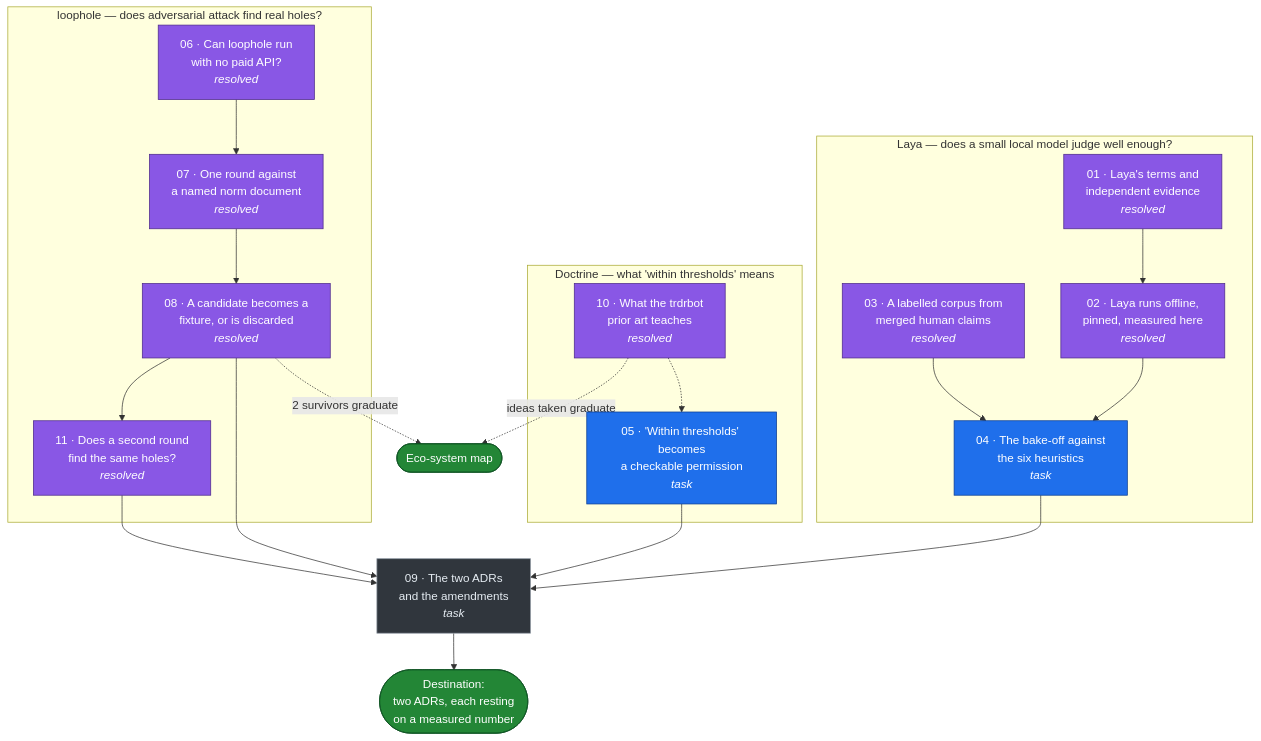
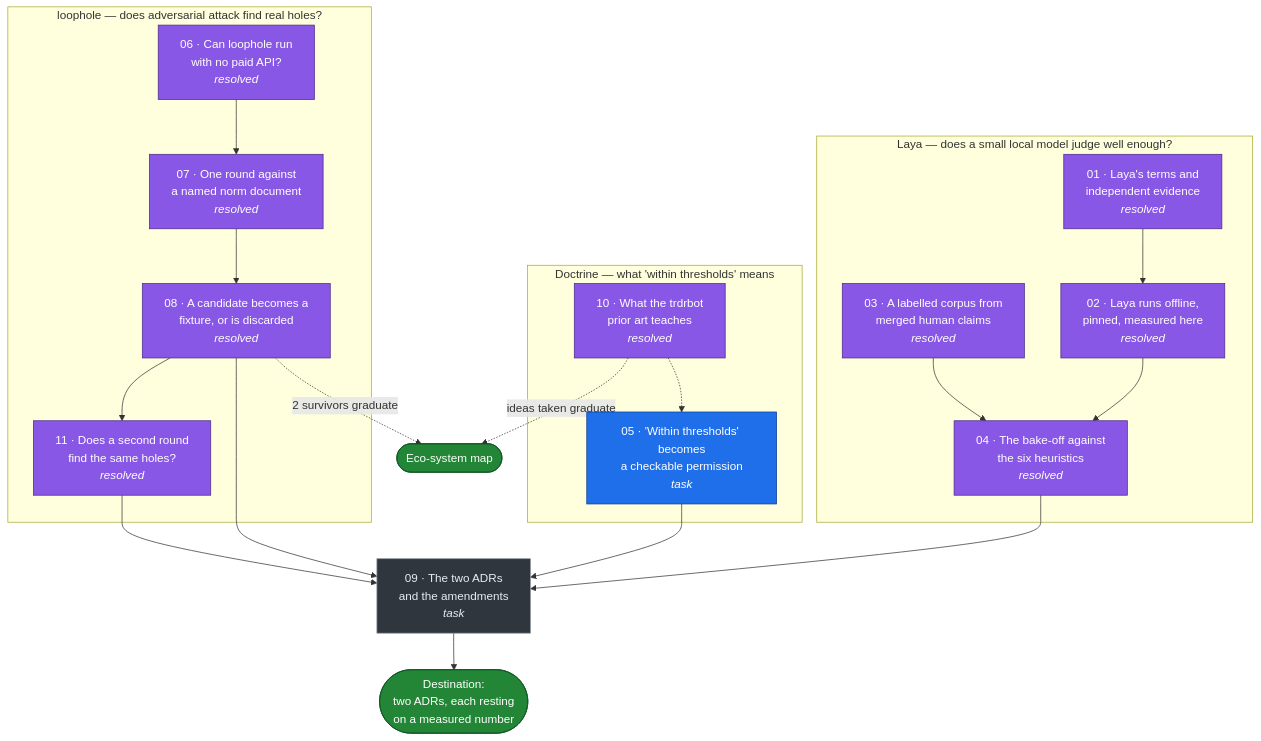
One commit to policy-as-versioned-flux/policy-as-versioned-flux changed the diagram in .scratch/laya-loophole/map.md. Above: the diagram before and after it, drawn with Mermaid. The commit also changed other lines of this file and 10 other files, not shown here.

````diff
--- a/.scratch/laya-loophole/map.md
+++ b/.scratch/laya-loophole/map.md
@@ -302,43 +364,43 @@
 ```mermaid
 flowchart TD
     subgraph laya["Laya — does a small local model judge well enough?"]
         T01["01 · Laya's terms and<br/>independent evidence<br/><i>resolved</i>"]
         T02["02 · Laya runs offline,<br/>pinned, measured here<br/><i>resolved</i>"]
         T03["03 · A labelled corpus from<br/>merged human claims<br/><i>resolved</i>"]
-        T04["04 · The bake-off against<br/>the six heuristics<br/><i>task</i>"]
+        T04["04 · The bake-off against<br/>the six heuristics<br/><i>resolved</i>"]
         T01 --> T02 --> T04
         T03 --> T04
     end
 
     subgraph doctrine["Doctrine — what 'within thresholds' means"]
         T10["10 · What the trdrbot<br/>prior art teaches<br/><i>resolved</i>"]
         T05["05 · 'Within thresholds' becomes<br/>a checkable permission<br/><i>task</i>"]
         T10 -.-> T05
     end
 
     subgraph loophole["loophole — does adversarial attack find real holes?"]
         T06["06 · Can loophole run<br/>with no paid API?<br/><i>resolved</i>"]
         T07["07 · One round against<br/>a named norm document<br/><i>resolved</i>"]
         T08["08 · A candidate becomes a<br/>fixture, or is discarded<br/><i>resolved</i>"]
         T11["11 · Does a second round<br/>find the same holes?<br/><i>resolved</i>"]
         T06 --> T07 --> T08 --> T11
     end
 
     T09["09 · The two ADRs<br/>and the amendments<br/><i>task</i>"]
     T04 --> T09
     T05 --> T09
     T08 --> T09
     T11 --> T09
     T09 --> DEST(["Destination:<br/>two ADRs, each resting<br/>on a measured number"])
     T10 -. "ideas taken graduate" .-> ECO(["Eco-system map"])
     T08 -. "2 survivors graduate" .-> ECO
 
     classDef frontier fill:#1f6feb,stroke:#0b3d91,color:#fff
     classDef blocked fill:#30363d,stroke:#8b949e,color:#e6edf3
     classDef done fill:#8957e5,stroke:#4c2889,color:#fff
     classDef dest fill:#238636,stroke:#0f5323,color:#fff
-    class T04,T05 frontier
+    class T05 frontier
     class T09 blocked
-    class T01,T02,T03,T06,T07,T08,T10,T11 done
+    class T01,T02,T03,T04,T06,T07,T08,T10,T11 done
     class DEST,ECO dest
 ```
````
